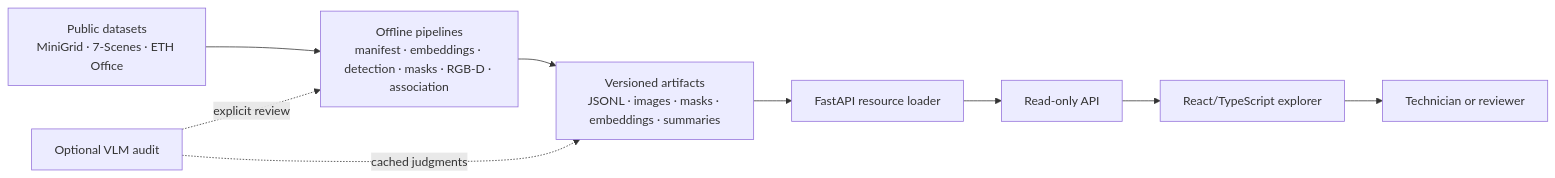
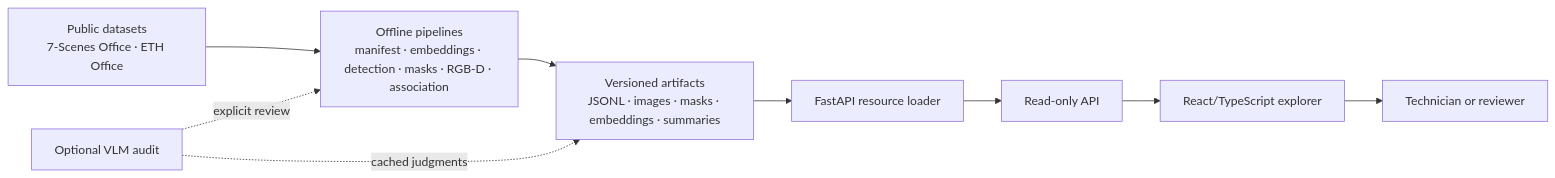
One commit to madhavpr191221/visual-memory-lab changed the first of 6 diagrams in docs/system_design_and_architecture.md. Above: the diagram before and after it, drawn with Mermaid. The commit also changed other lines of this file and 2 other files, not shown here.

Commit message:
Focus documentation on real office workflow

````diff
--- a/docs/system_design_and_architecture.md
+++ b/docs/system_design_and_architecture.md
@@ -24,15 +24,15 @@
 ```mermaid
 flowchart LR
-    D[Public datasets\nMiniGrid · 7-Scenes · ETH Office]
+    D[Public datasets\n7-Scenes Office · ETH Office]
     P[Offline pipelines\nmanifest · embeddings · detection · masks · RGB-D · association]
     A[Versioned artifacts\nJSONL · images · masks · embeddings · summaries]
     F[FastAPI resource loader]
     API[Read-only API]
     UI[React/TypeScript explorer]
     U[Technician or reviewer]
     V[Optional VLM audit]
 
     D --> P --> A --> F --> API --> UI --> U
     V -. explicit review .-> P
     V -. cached judgments .-> A
 ```
````
